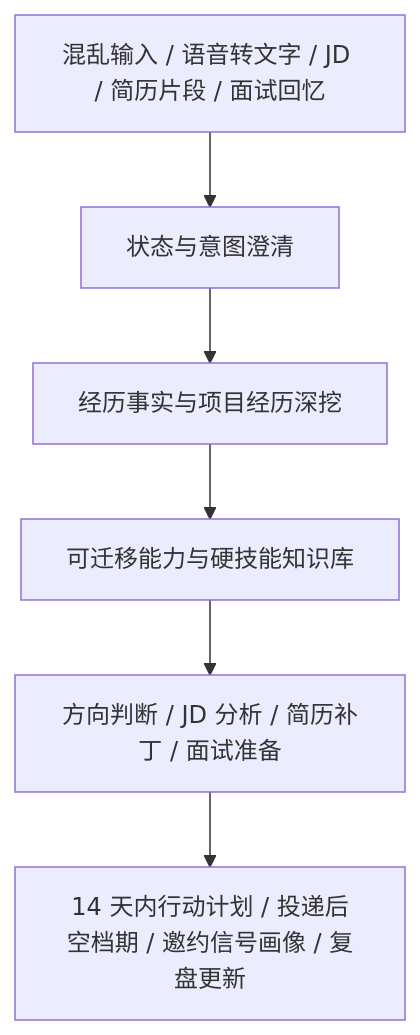
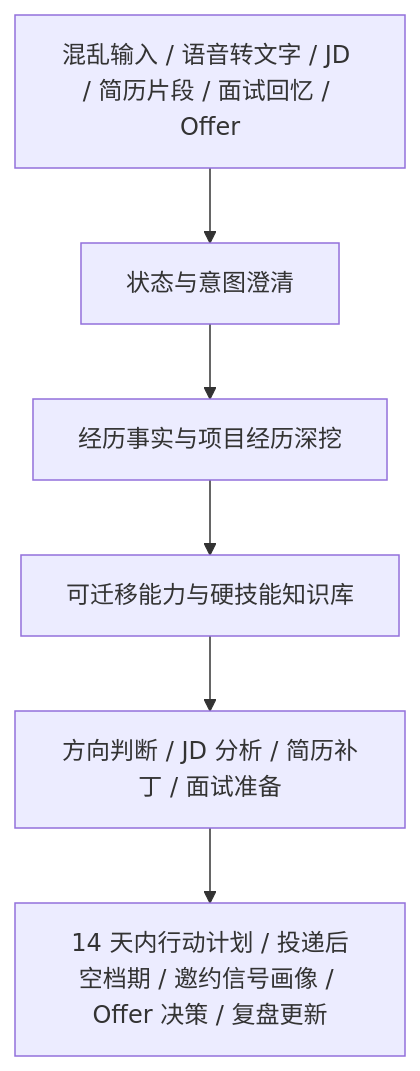
Before and after one commit to Errno722/CCC-career-cognition-compass: the diagram in docs/full-guide.md, drawn with Mermaid. The commit also changed other lines of this file and 11 other files, not shown here.

````diff
--- a/docs/full-guide.md
+++ b/docs/full-guide.md
@@ -34,8 +34,8 @@
 ```mermaid
 flowchart TD
-  A["混乱输入 / 语音转文字 / JD / 简历片段 / 面试回忆"] --> B["状态与意图澄清"]
+  A["混乱输入 / 语音转文字 / JD / 简历片段 / 面试回忆 / Offer"] --> B["状态与意图澄清"]
   B --> C["经历事实与项目经历深挖"]
   C --> D["可迁移能力与硬技能知识库"]
   D --> E["方向判断 / JD 分析 / 简历补丁 / 面试准备"]
-  E --> F["14 天内行动计划 / 投递后空档期 / 邀约信号画像 / 复盘更新"]
+  E --> F["14 天内行动计划 / 投递后空档期 / 邀约信号画像 / Offer 决策 / 复盘更新"]
 ```
````
